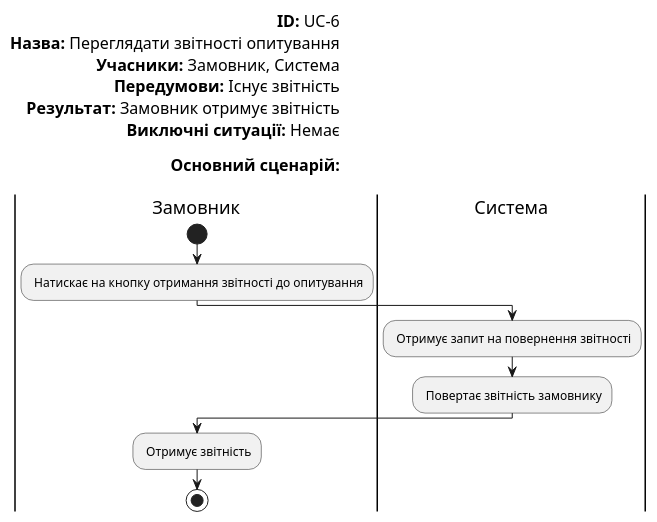
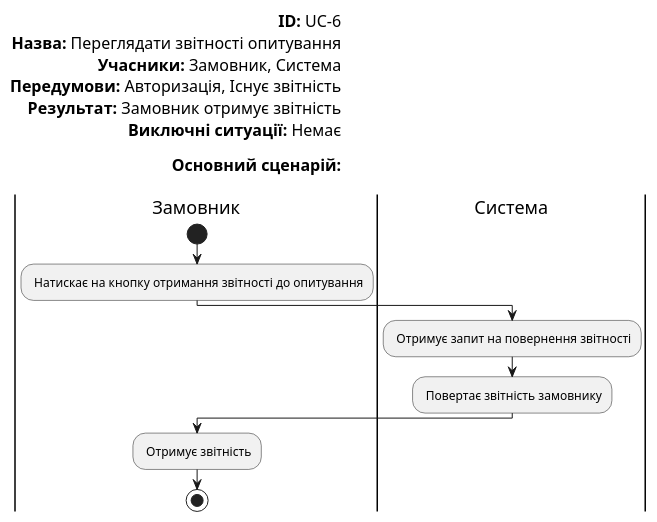
Before and after one commit to JenyaFTW/expert-management-system: the eighth of 14 diagrams in docs/use cases/README.md, drawn with PlantUML. The commit also changed other lines of this file, not shown here.

```diff
--- a/docs/use cases/README.md
+++ b/docs/use cases/README.md
@@ -331,27 +331,27 @@
 @startuml
 
     left header
         <font color=000 size=16><b>ID:</b> UC-6
         <font color=000 size=16><b>Назва:</b> Переглядати звітності опитування
         <font color=000 size=16><b>Учасники:</b> Замовник, Система
-        <font color=000 size=16><b>Передумови:</b> Існує звітність
+        <font color=000 size=16><b>Передумови:</b> Авторизація, Існує звітність
         <font color=000 size=16><b>Результат:</b> Замовник отримує звітність
         <font color=000 size=16><b>Виключні ситуації:</b> Немає
 
         <font color=000 size=16><b>Основний сценарій:</b>
         
     end header
 
     |Замовник|
         start
         : Натискає на кнопку отримання звітності до опитування;
     |Система|
         : Отримує запит на повернення звітності;
         
         : Повертає звітність замовнику;
     
     |Замовник|
         : Отримує звітність;
         stop;
             
 @enduml    
```
